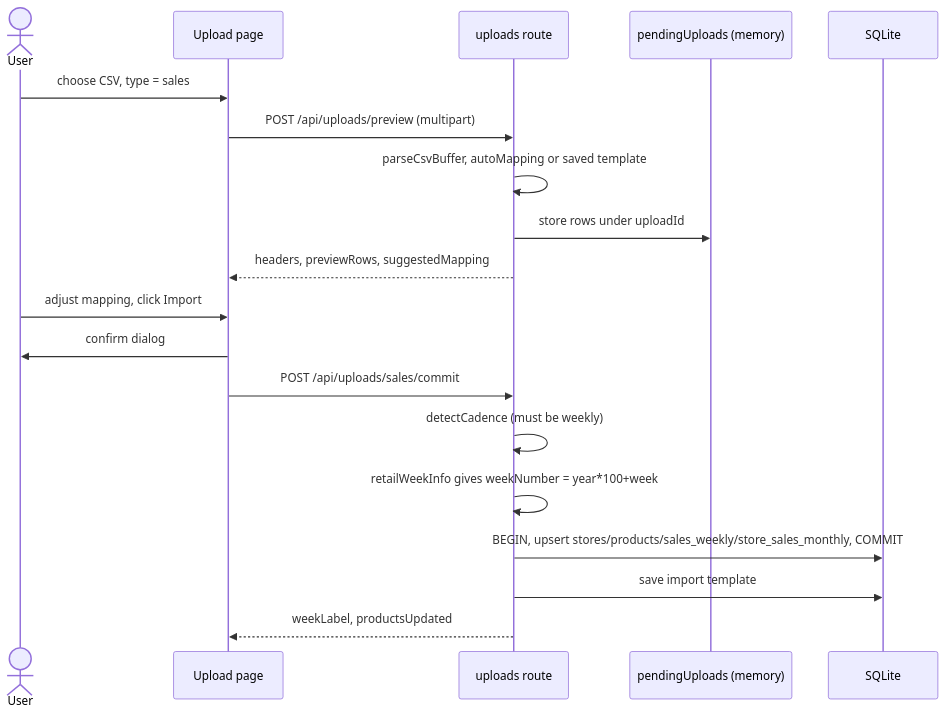
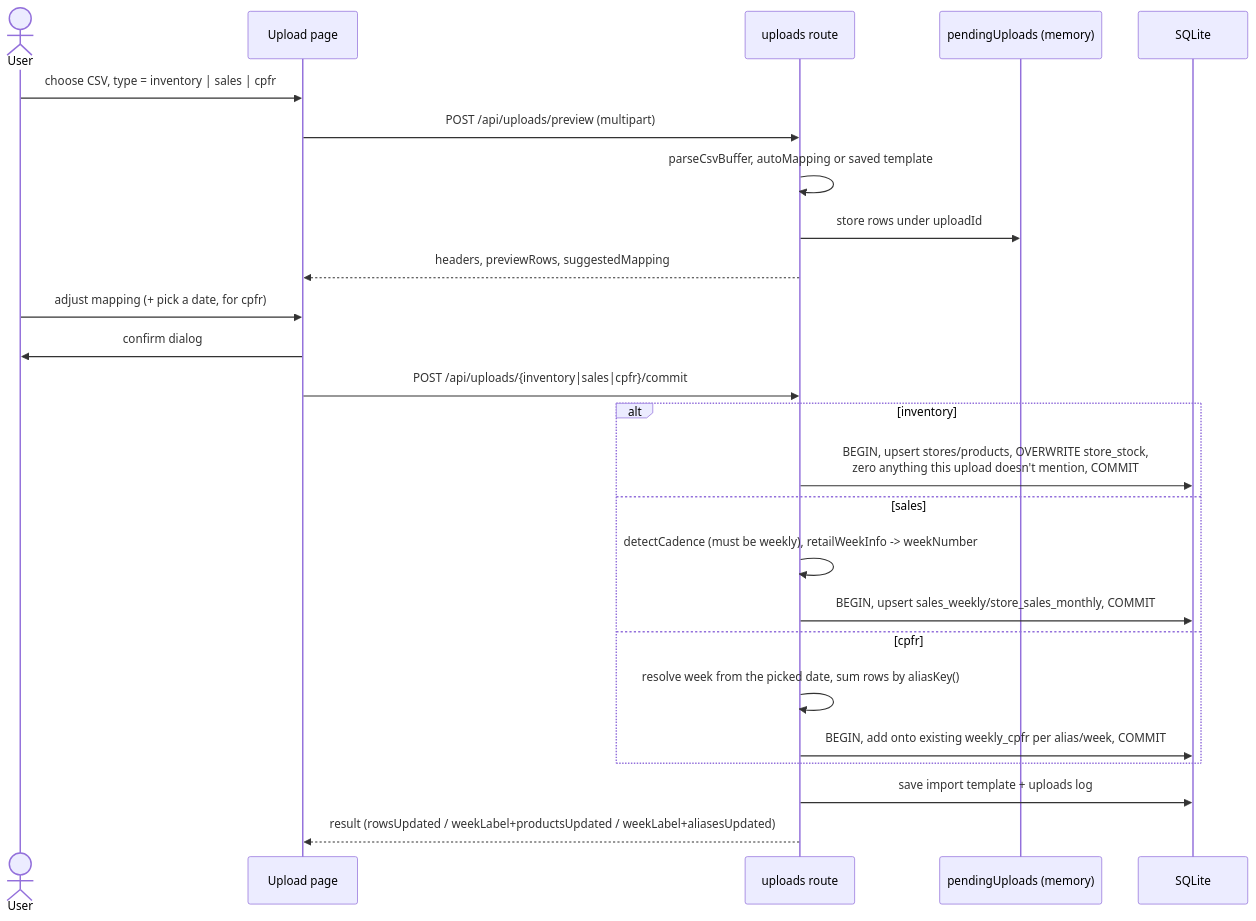
The sixth of 9 diagrams in docs/ARCHITECTURE.md (phonevilleofficial2025/stock-predictor), drawn with Mermaid before and after one commit. The commit also changed other lines of this file and 4 other files, not shown here.

First line of the commit message:
Update docs to match the alias-based CPFR spreadsheet revision

````diff
--- a/docs/ARCHITECTURE.md
+++ b/docs/ARCHITECTURE.md
@@ -165,21 +176,27 @@
 ```mermaid
 sequenceDiagram
   actor U as User
   participant C as Upload page
   participant S as uploads route
   participant M as pendingUploads (memory)
   participant D as SQLite
-  U->>C: choose CSV, type = sales
+  U->>C: choose CSV, type = inventory | sales | cpfr
   C->>S: POST /api/uploads/preview (multipart)
   S->>S: parseCsvBuffer, autoMapping or saved template
   S->>M: store rows under uploadId
   S-->>C: headers, previewRows, suggestedMapping
-  U->>C: adjust mapping, click Import
+  U->>C: adjust mapping (+ pick a date, for cpfr)
   C->>U: confirm dialog
-  C->>S: POST /api/uploads/sales/commit
-  S->>S: detectCadence (must be weekly)
-  S->>S: retailWeekInfo gives weekNumber = year*100+week
-  S->>D: BEGIN, upsert stores/products/sales_weekly/store_sales_monthly, COMMIT
-  S->>D: save import template
-  S-->>C: weekLabel, productsUpdated
+  C->>S: POST /api/uploads/{inventory|sales|cpfr}/commit
+  alt inventory
+    S->>D: BEGIN, upsert stores/products, OVERWRITE store_stock,<br/>zero anything this upload doesn't mention, COMMIT
+  else sales
+    S->>S: detectCadence (must be weekly), retailWeekInfo -> weekNumber
+    S->>D: BEGIN, upsert sales_weekly/store_sales_monthly, COMMIT
+  else cpfr
+    S->>S: resolve week from the picked date, sum rows by aliasKey()
+    S->>D: BEGIN, add onto existing weekly_cpfr per alias/week, COMMIT
+  end
+  S->>D: save import template + uploads log
+  S-->>C: result (rowsUpdated / weekLabel+productsUpdated / weekLabel+aliasesUpdated)
 ```
````
